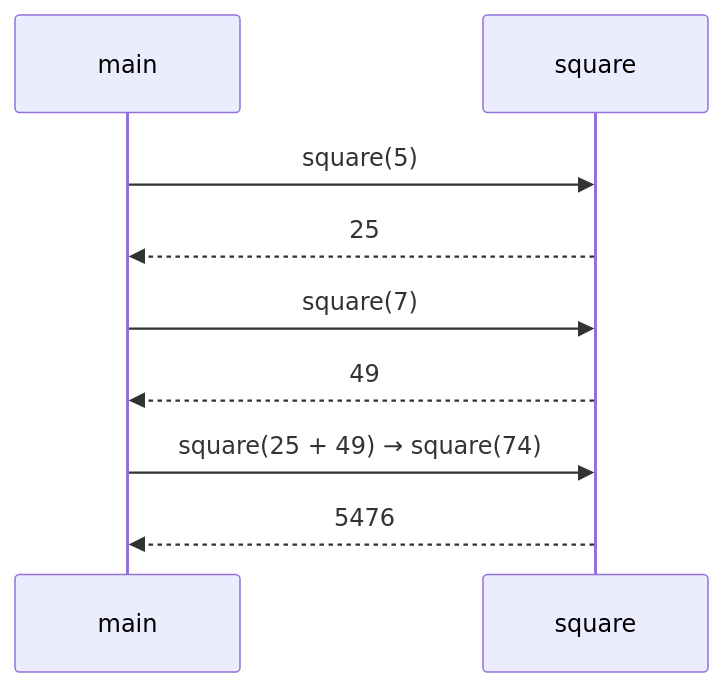
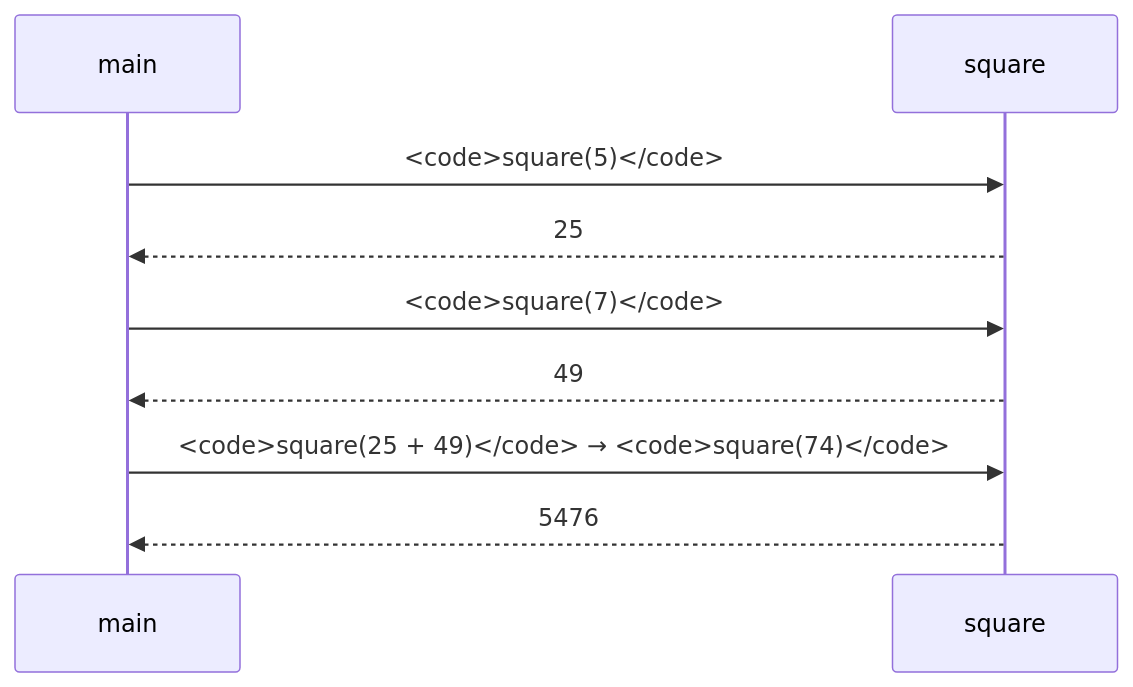
The second of 2 diagrams in content/courses/java-programming-for-beginners/methods-and-modularity.mdx (dataslope/dataslope), drawn with Mermaid before and after one commit. The commit also changed 65 other files, not shown here.

First line of the commit message:
Set code in every mermaid label in the mono face

````diff
--- a/content/courses/java-programming-for-beginners/methods-and-modularity.mdx
+++ b/content/courses/java-programming-for-beginners/methods-and-modularity.mdx
@@ -105,11 +105,11 @@
 ```mermaid
 sequenceDiagram
     participant main
     participant square
-    main->>square: square(5)
+    main->>square: <code>square(5)</code>
     square-->>main: 25
-    main->>square: square(7)
+    main->>square: <code>square(7)</code>
     square-->>main: 49
-    main->>square: square(25 + 49) → square(74)
+    main->>square: <code>square(25 + 49)</code> → <code>square(74)</code>
     square-->>main: 5476
 ```
````
